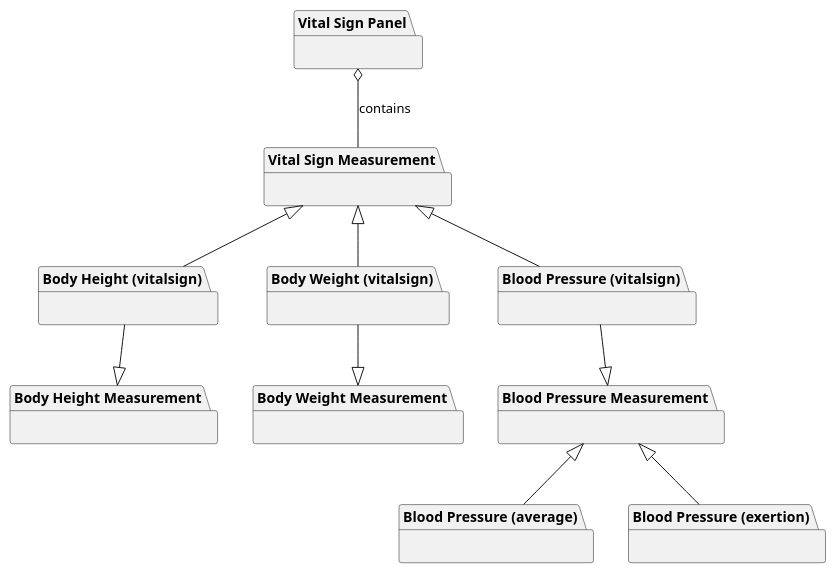
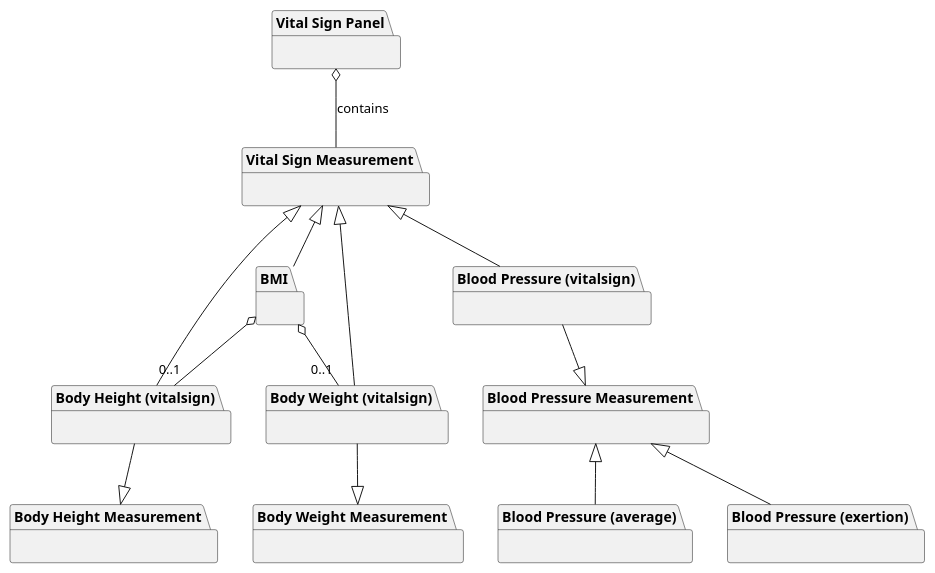
One commit to frankoemig/vital-signs-demo changed the diagram in input/images-source/vitalsign_panel.plantuml. Above: the diagram before and after it, drawn with PlantUML. The commit also changed 6 other files, not shown here.

```diff
--- a/input/images-source/vitalsign_panel.plantuml
+++ b/input/images-source/vitalsign_panel.plantuml
@@ -1,45 +1,53 @@
 @startuml
 
 
 package "Vital Sign Panel" as pkg {
 
 }
 
 package "Vital Sign Measurement" as pkg1 {
 
 }
 
 pkg o-- pkg1 : contains
 
 package "Blood Pressure Measurement" as pkg2a {
 }
 package "Body Weight Measurement" as pkg3a {
 }
 package "Body Height Measurement" as pkg4a {
 }
 
+package "BMI" as pkg5 {
+}
+
 package "Blood Pressure (vitalsign)" as pkg2b {
 }
 package "Body Weight (vitalsign)" as pkg3b {
 }
 package "Body Height (vitalsign)" as pkg4b {
 }
 
 package "Blood Pressure (average)" as pkg2c {
 }
 package "Blood Pressure (exertion)" as pkg2d {
 }
 
 
 pkg1 <|-- pkg2b
 pkg1 <|-- pkg3b
+pkg1 <|-- pkg5
 pkg1 <|-- pkg4b
 
 pkg2a <|-up- pkg2b
 pkg3a <|-up- pkg3b
 pkg4a <|-up- pkg4b
 
 pkg2a <|-down- pkg2c
 pkg2a <|-down- pkg2d
 
+pkg5 o-- "0..1" pkg4b
+pkg5 o-- "0..1" pkg3b
+
+
 @enduml
```
